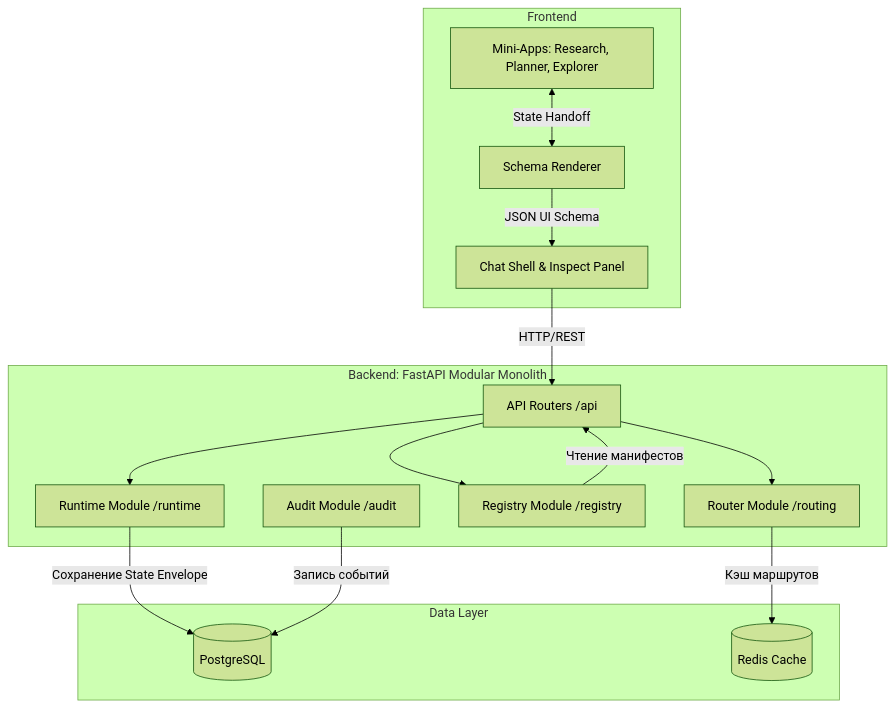
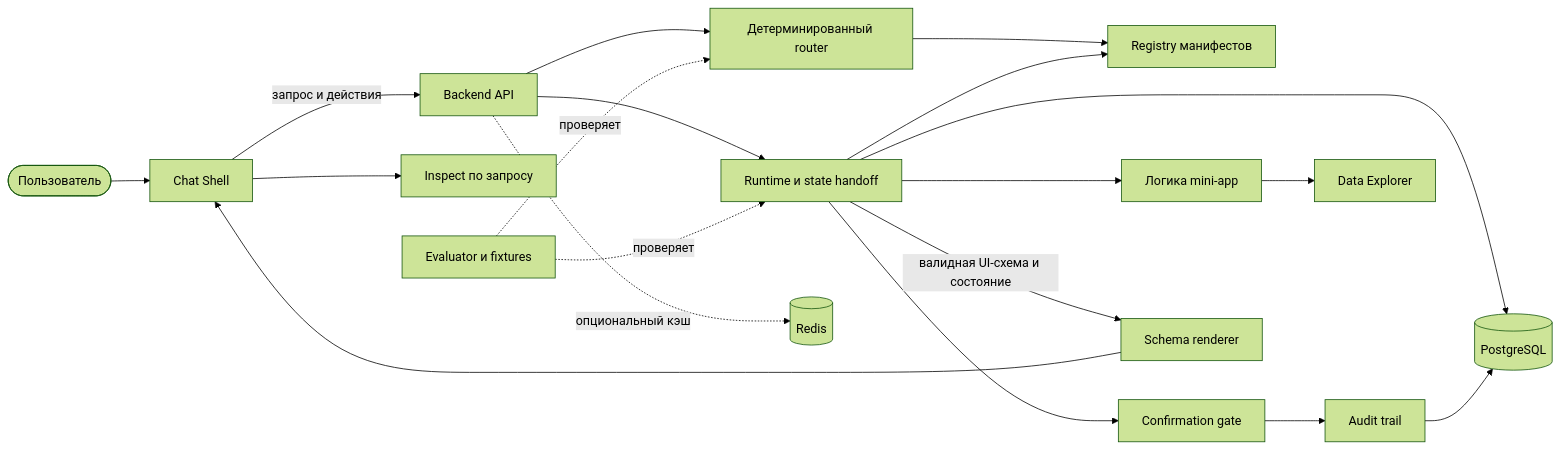
Before and after one commit to KekCheburekLegend/practicum-yandex-conversational-mini-app: the diagram in docs/architecture.md, drawn with Mermaid (forest theme). The commit also changed other lines of this file and 2 other files, not shown here.

Commit message:
docs: добавить аналитику архитектуры и Data Explorer

````diff
--- a/docs/architecture.md
+++ b/docs/architecture.md
@@ -31,35 +27,21 @@
 ```mermaid
-flowchart TD
-    subgraph Frontend [Frontend]
-        Chat[Chat Shell & Inspect Panel]
-        Renderer[Schema Renderer]
-        MiniApps[Mini-Apps: Research, Planner, Explorer]
-    end
-
-    subgraph Backend [Backend: FastAPI Modular Monolith]
-        API[API Routers /api]
-        RouterModule[Router Module /routing]
-        RuntimeModule[Runtime Module /runtime]
-        RegistryModule[Registry Module /registry]
-        AuditModule[Audit Module /audit]
-    end
-
-    subgraph Data [Data Layer]
-        PG[(PostgreSQL)]
-        Redis[(Redis Cache)]
-    end
-
-    %% Connections
-    Chat -->|HTTP/REST| API
-    Renderer -->|JSON UI Schema| Chat
-    MiniApps <-->|State Handoff| Renderer
-    
-    API --> RouterModule
-    API --> RuntimeModule
-    API --> RegistryModule
-    
-    RouterModule -->|Кэш маршрутов| Redis
-    RuntimeModule -->|Сохранение State Envelope| PG
-    AuditModule -->|Запись событий| PG
-    RegistryModule -->|Чтение манифестов| API
+flowchart LR
+    User([Пользователь]) --> Shell[Chat Shell]
+    Shell -->|запрос и действия| API[Backend API]
+    API --> Router[Детерминированный router]
+    Router --> Registry[Registry манифестов]
+    API --> Runtime[Runtime и state handoff]
+    Runtime --> Registry
+    Runtime --> Gate[Confirmation gate]
+    Gate --> Audit[Audit trail]
+    Runtime --> Apps[Логика mini-app]
+    Apps --> Explorer[Data Explorer]
+    Runtime -->|валидная UI-схема и состояние| Renderer[Schema renderer]
+    Renderer --> Shell
+    Shell --> Inspect[Inspect по запросу]
+    Runtime --> PG[(PostgreSQL)]
+    Audit --> PG
+    API -. опциональный кэш .-> Redis[(Redis)]
+    Evaluator[Evaluator и fixtures] -. проверяет .-> Router
+    Evaluator -. проверяет .-> Runtime
 ```
````
